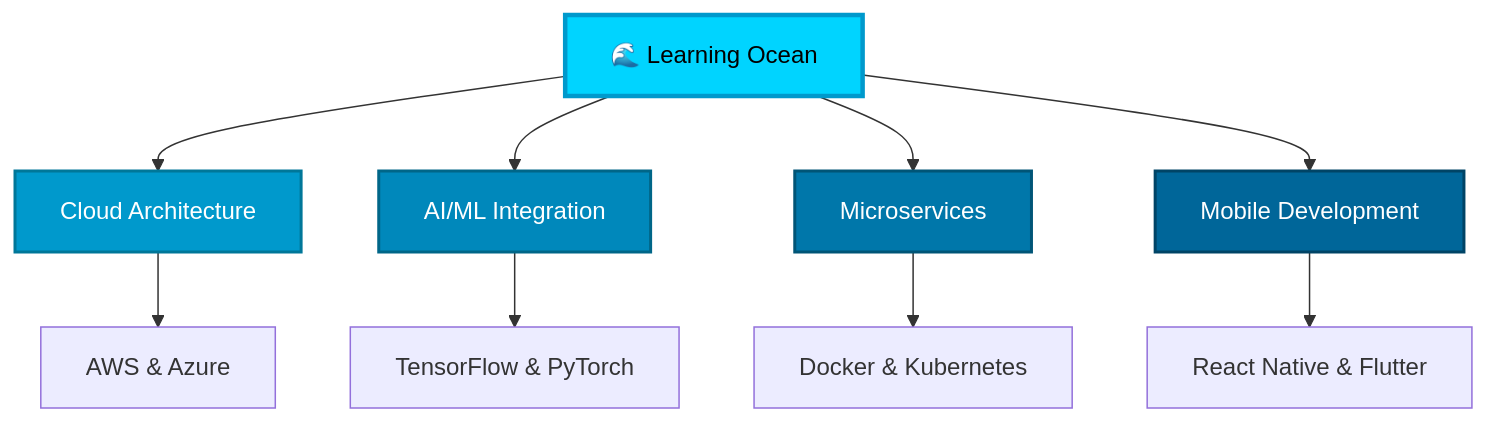
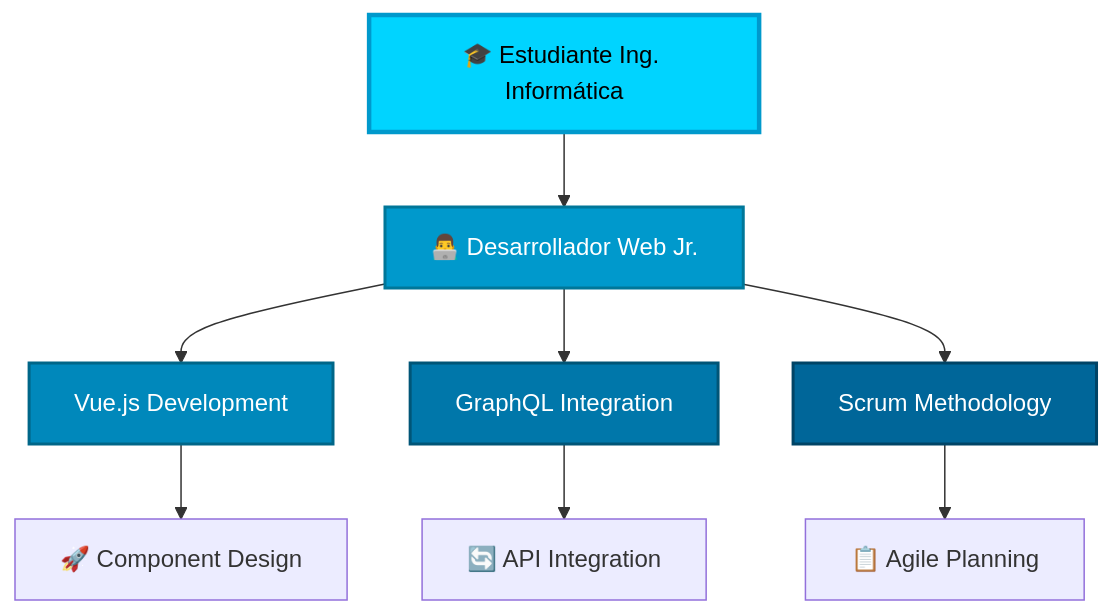
Before and after one commit to NachoOFC/nachoOFC: the diagram in README.md, drawn with Mermaid. The commit also changed other lines of this file, not shown here.

````diff
--- a/README.md
+++ b/README.md
@@ -146,17 +162,16 @@
 ```mermaid
 graph TD
-    A[🌊 Learning Ocean] --> B[Cloud Architecture]
-    A --> C[AI/ML Integration] 
-    A --> D[Microservices]
-    A --> E[Mobile Development]
-    B --> F[AWS & Azure]
-    C --> G[TensorFlow & PyTorch]
-    D --> H[Docker & Kubernetes]
-    E --> I[React Native & Flutter]
+    A[🎓 Estudiante Ing. Informática] --> B[👨‍💻 Desarrollador Web Jr.]
+    B --> C[Vue.js Development]
+    B --> D[GraphQL Integration]
+    B --> E[Scrum Methodology]
+    C --> F[🚀 Component Design]
+    D --> G[🔄 API Integration]
+    E --> H[📋 Agile Planning]
     
     style A fill:#00d4ff,stroke:#0099cc,stroke-width:3px,color:#000
     style B fill:#0099cc,stroke:#007799,stroke-width:2px,color:#fff
     style C fill:#0088bb,stroke:#006688,stroke-width:2px,color:#fff
     style D fill:#0077aa,stroke:#005577,stroke-width:2px,color:#fff
     style E fill:#006699,stroke:#004466,stroke-width:2px,color:#fff
 ```
````
